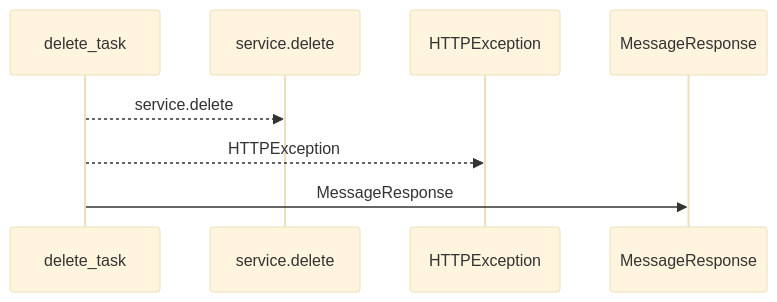
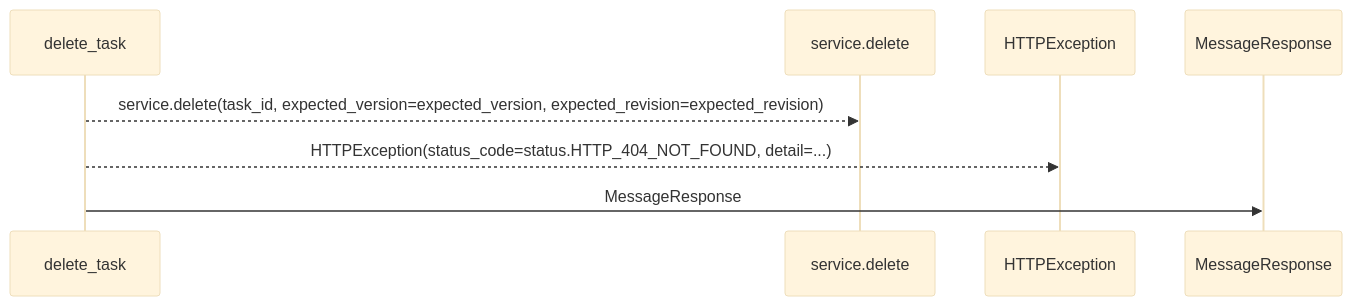
The first of 2 diagrams in docs/llm_wiki/flows/http-delete_task.md (Denissvgn/WorkChord), drawn with Mermaid (base theme) before and after one commit. The commit also changed other lines of this file and 25171 other files, not shown here.

````diff
--- a/docs/llm_wiki/flows/http-delete_task.md
+++ b/docs/llm_wiki/flows/http-delete_task.md
@@ -10,10 +12,10 @@
 ```mermaid
 sequenceDiagram
     participant p0 as delete_task
     participant p1 as service.delete
     participant p2 as HTTPException
     participant p3 as MessageResponse
-    p0-->>p1: service.delete
-    p0-->>p2: HTTPException
+    p0-->>p1: service.delete(task_id, expected_version=expected_version, expected_revision=expected_revision)
+    p0-->>p2: HTTPException(status_code=status.HTTP_404_NOT_FOUND, detail=...)
     p0->>p3: MessageResponse
 ```
````
